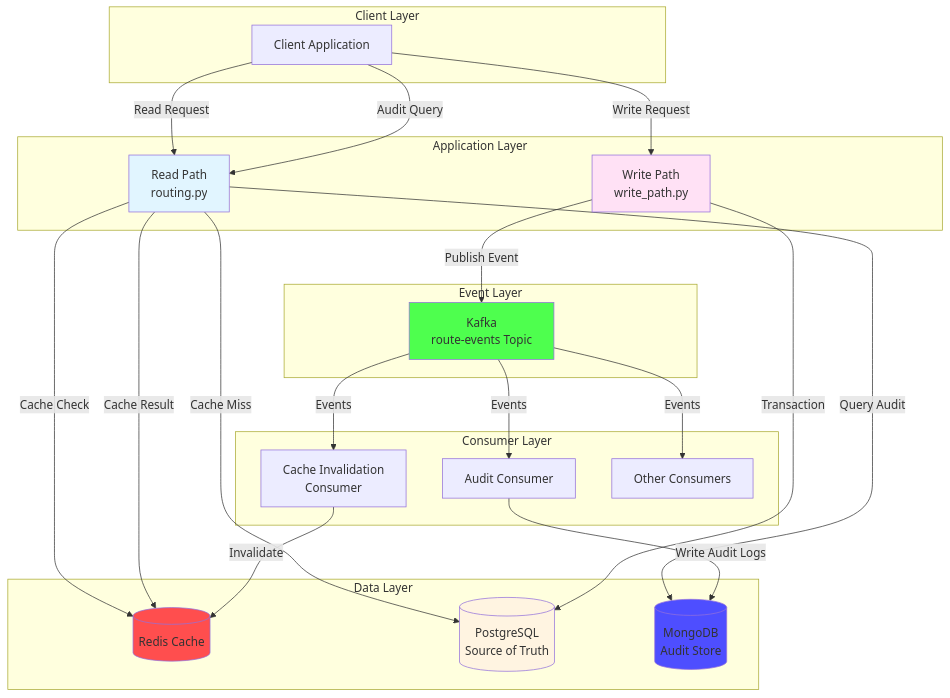
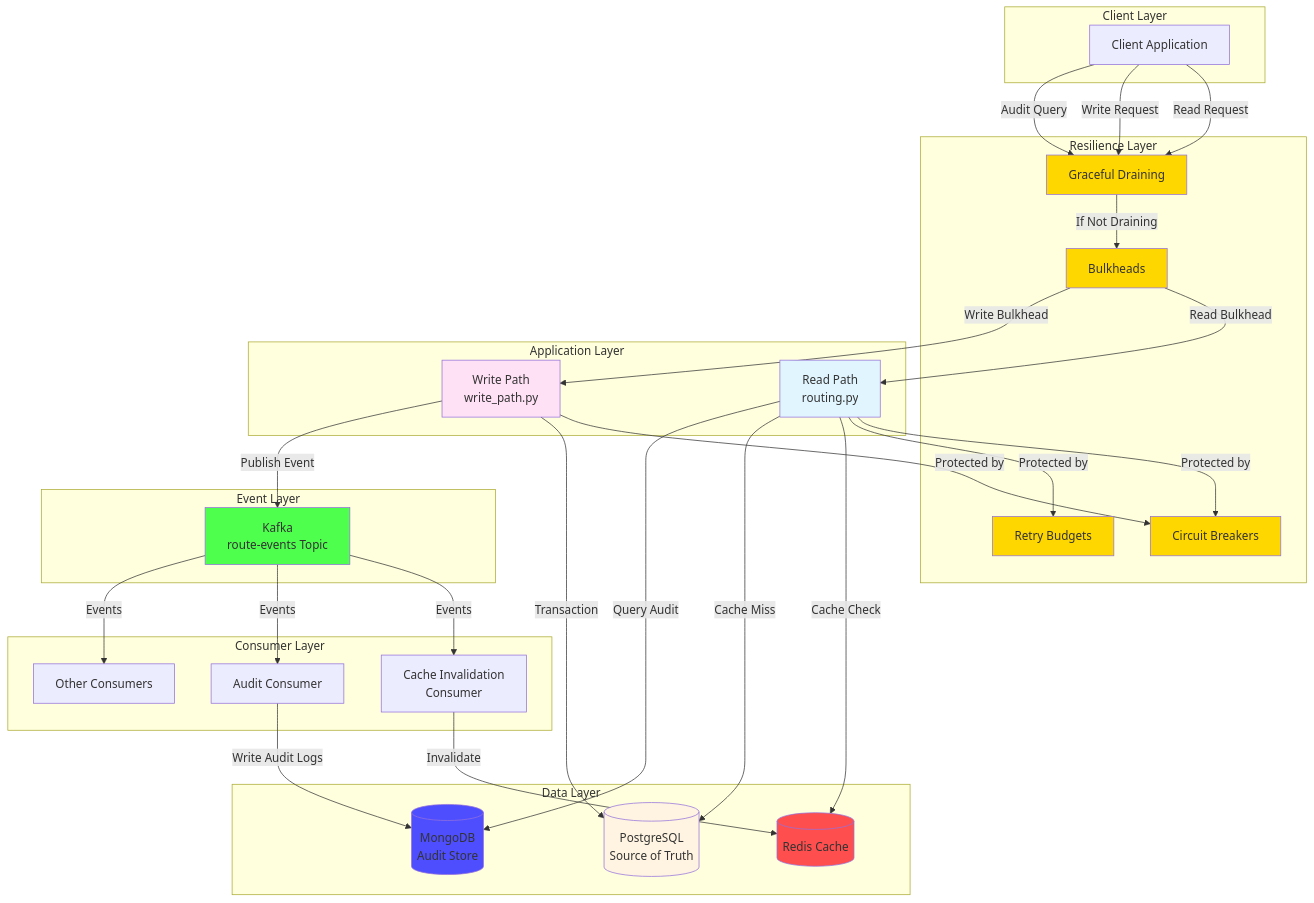
Before and after one commit to iamtahmad1/traffic-manager: the first of 16 diagrams in architecture/diagrams.md, drawn with Mermaid. The commit also changed other lines of this file and 17 other files, not shown here.

````diff
--- a/architecture/diagrams.md
+++ b/architecture/diagrams.md
@@ -7,53 +7,70 @@
 ```mermaid
 graph TB
     subgraph "Client Layer"
         Client[Client Application]
+    end
+    
+    subgraph "Resilience Layer"
+        CB[Circuit Breakers]
+        RB[Retry Budgets]
+        BH[Bulkheads]
+        GD[Graceful Draining]
     end
     
     subgraph "Application Layer"
         ReadPath[Read Path<br/>routing.py]
         WritePath[Write Path<br/>write_path.py]
     end
     
     subgraph "Data Layer"
         Redis[(Redis Cache)]
         PostgreSQL[(PostgreSQL<br/>Source of Truth)]
         MongoDB[(MongoDB<br/>Audit Store)]
     end
     
     subgraph "Event Layer"
         Kafka[Kafka<br/>route-events Topic]
     end
     
     subgraph "Consumer Layer"
         CacheInv[Cache Invalidation<br/>Consumer]
         Audit[Audit Consumer]
         Other[Other Consumers]
     end
     
-    Client -->|Read Request| ReadPath
-    Client -->|Write Request| WritePath
-    Client -->|Audit Query| ReadPath
+    Client -->|Read Request| GD
+    Client -->|Write Request| GD
+    Client -->|Audit Query| GD
     
+    GD -->|If Not Draining| BH
+    BH -->|Read Bulkhead| ReadPath
+    BH -->|Write Bulkhead| WritePath
+    
+    ReadPath -->|Protected by| CB
+    ReadPath -->|Protected by| RB
     ReadPath -->|Cache Check| Redis
     ReadPath -->|Cache Miss| PostgreSQL
-    ReadPath -->|Cache Result| Redis
     ReadPath -->|Query Audit| MongoDB
     
+    WritePath -->|Protected by| CB
     WritePath -->|Transaction| PostgreSQL
     WritePath -->|Publish Event| Kafka
     
     Kafka -->|Events| CacheInv
     Kafka -->|Events| Audit
     Kafka -->|Events| Other
     
     CacheInv -->|Invalidate| Redis
     Audit -->|Write Audit Logs| MongoDB
     
     style ReadPath fill:#e1f5ff
     style WritePath fill:#ffe1f5
     style PostgreSQL fill:#fff4e1
     style Redis fill:#ff4e4e
     style MongoDB fill:#4e4eff
     style Kafka fill:#4eff4e
+    style CB fill:#ffd700
+    style RB fill:#ffd700
+    style BH fill:#ffd700
+    style GD fill:#ffd700
 ```
````
